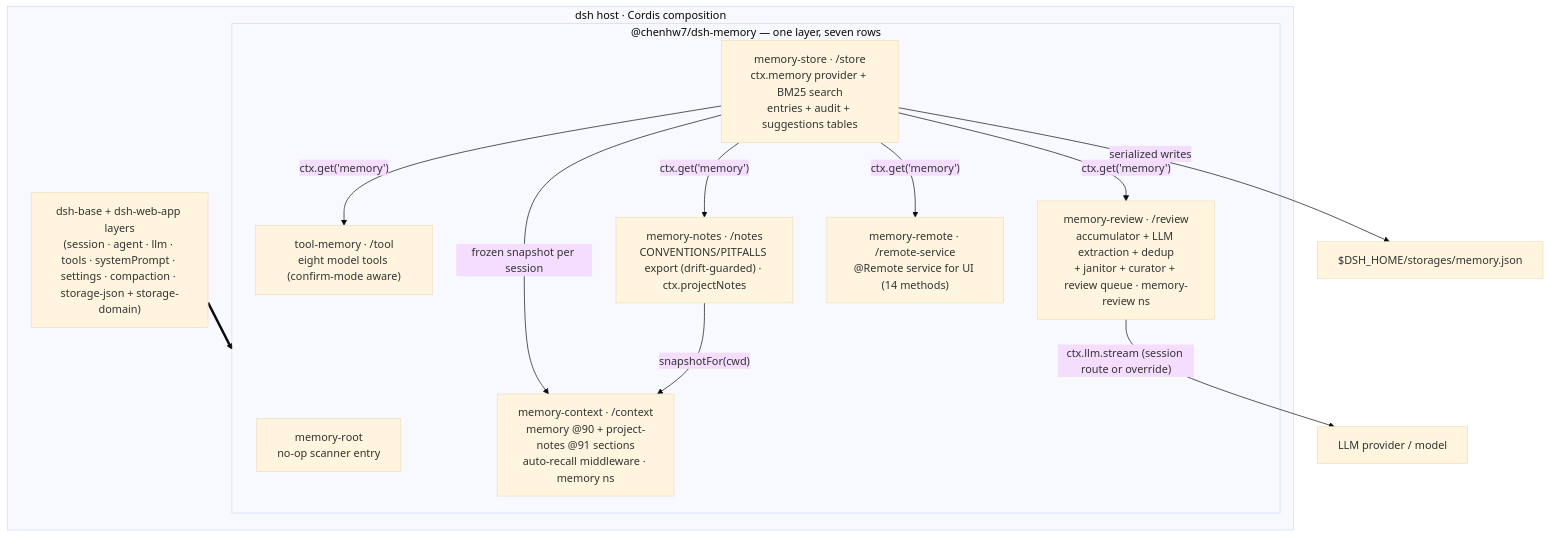
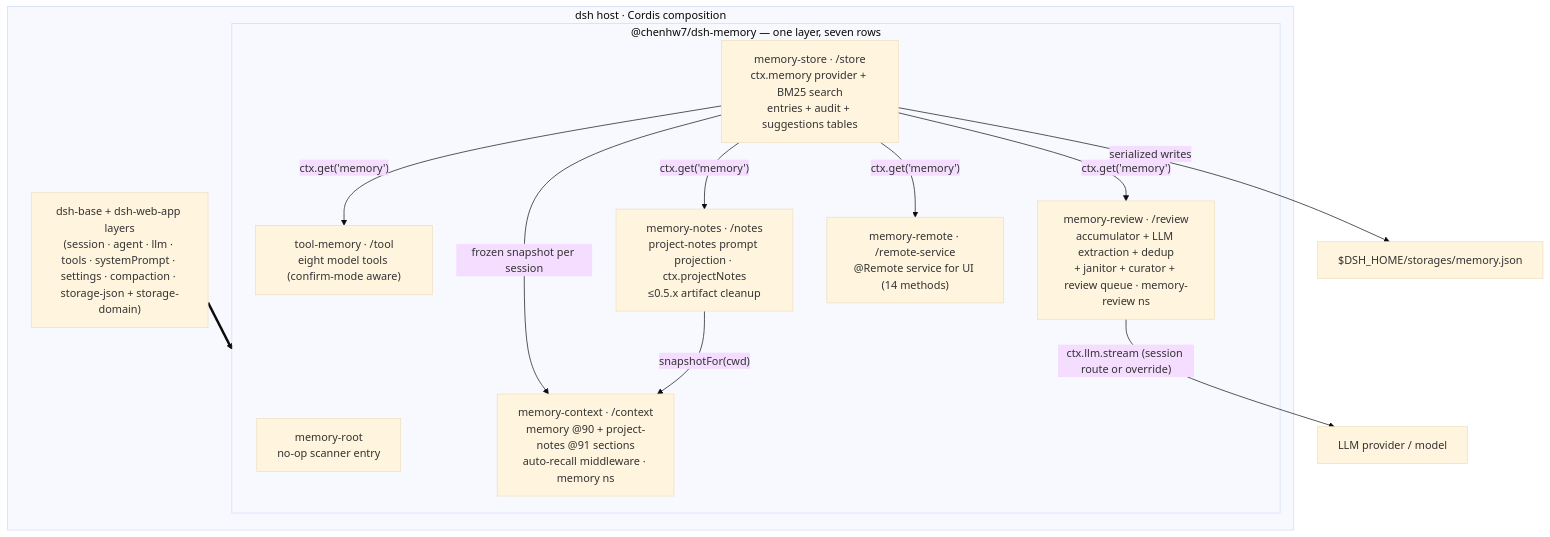
The first of 3 diagrams in docs/TECH_DESIGN.md (chenhw7/dsh-memory), drawn with Mermaid (base theme) before and after one commit. The commit also changed other lines of this file and 27 other files, not shown here.

First line of the commit message:
feat(notes)!: stop writing memory files into the user's repo (prompt-only projection)

````diff
--- a/docs/TECH_DESIGN.md
+++ b/docs/TECH_DESIGN.md
@@ -102,24 +102,24 @@
 ```mermaid
 flowchart TB
   subgraph host["dsh host · Cordis composition"]
     base["dsh-base + dsh-web-app layers<br/>(session · agent · llm · tools · systemPrompt · settings · compaction · storage-json + storage-domain)"]
     subgraph bundle["@chenhw7/dsh-memory — one layer, seven rows"]
       root["memory-root<br/>no-op scanner entry"]
       store["memory-store · /store<br/>ctx.memory provider + BM25 search<br/>entries + audit + suggestions tables"]
       tool["tool-memory · /tool<br/>eight model tools (confirm-mode aware)"]
       review["memory-review · /review<br/>accumulator + LLM extraction + dedup<br/>+ janitor + curator + review queue · memory-review ns"]
-      notes["memory-notes · /notes<br/>CONVENTIONS/PITFALLS export (drift-guarded) · ctx.projectNotes"]
+      notes["memory-notes · /notes<br/>project-notes prompt projection · ctx.projectNotes<br/>≤0.5.x artifact cleanup"]
       context["memory-context · /context<br/>memory @90 + project-notes @91 sections<br/>auto-recall middleware · memory ns"]
       remote["memory-remote · /remote-service<br/>@Remote service for UI (14 methods)"]
     end
   end
   base ==> bundle
   store -- "ctx.get('memory')" --> tool
   store -- "ctx.get('memory')" --> review
   store -- "frozen snapshot per session" --> context
   store -- "ctx.get('memory')" --> notes
   store -- "ctx.get('memory')" --> remote
   review -- "ctx.llm.stream (session route or override)" --> llm["LLM provider / model"]
   notes -- "snapshotFor(cwd)" --> context
   store -- "serialized writes" --> json["$DSH_HOME/storages/memory.json"]
 ```
````
